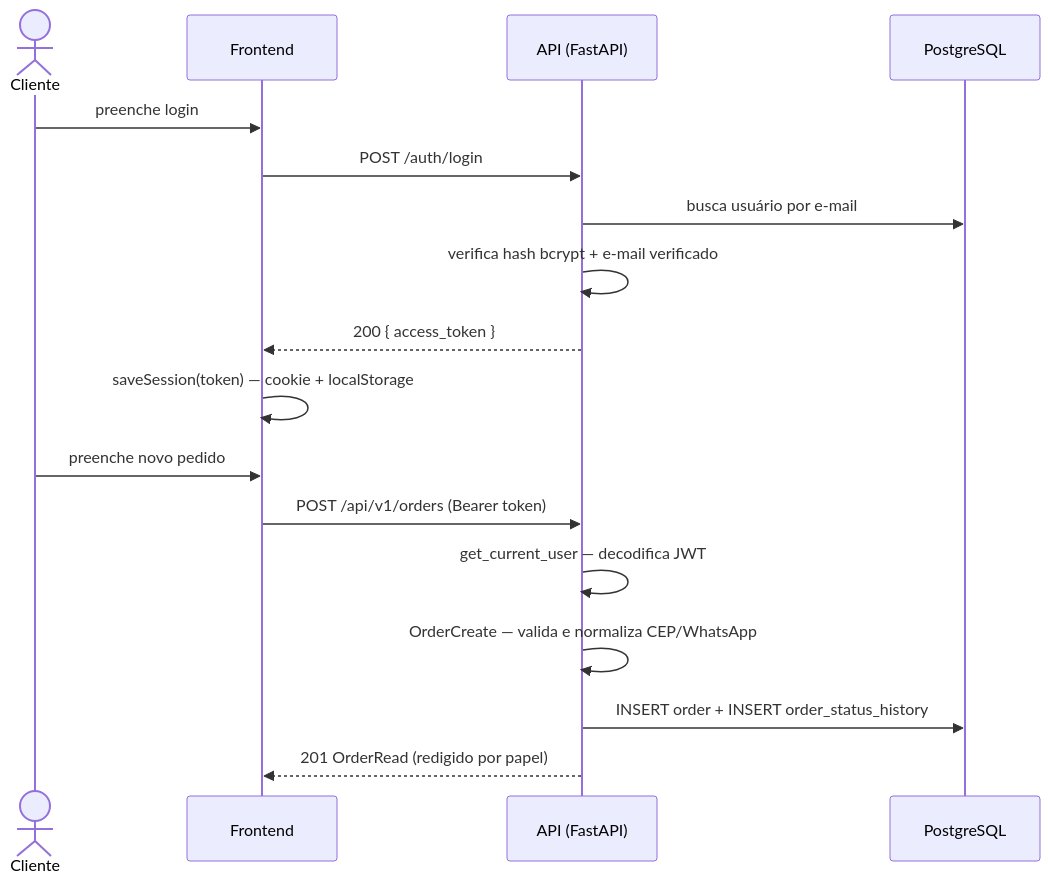
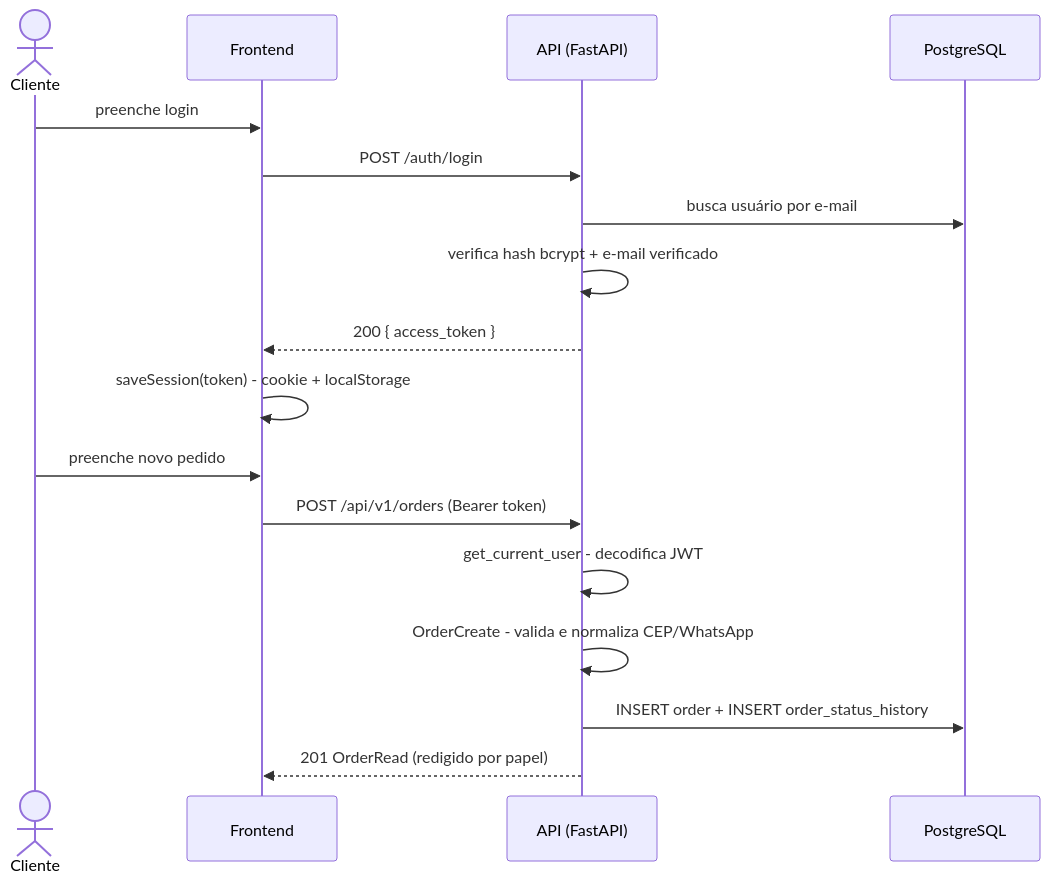
One commit to jgabrielflores/marcenaria-api changed the third of 7 diagrams in docs/arquitetura.md. Above: the diagram before and after it, drawn with Mermaid. The commit also changed other lines of this file and 16 other files, not shown here.

````diff
--- a/docs/arquitetura.md
+++ b/docs/arquitetura.md
@@ -144,21 +144,21 @@
 ```mermaid
 sequenceDiagram
     actor C as Cliente
     participant F as Frontend
     participant A as API (FastAPI)
     participant DB as PostgreSQL
 
     C->>F: preenche login
     F->>A: POST /auth/login
     A->>DB: busca usuário por e-mail
     A->>A: verifica hash bcrypt + e-mail verificado
     A-->>F: 200 { access_token }
-    F->>F: saveSession(token) — cookie + localStorage
+    F->>F: saveSession(token) - cookie + localStorage
 
     C->>F: preenche novo pedido
     F->>A: POST /api/v1/orders (Bearer token)
-    A->>A: get_current_user — decodifica JWT
-    A->>A: OrderCreate — valida e normaliza CEP/WhatsApp
+    A->>A: get_current_user - decodifica JWT
+    A->>A: OrderCreate - valida e normaliza CEP/WhatsApp
     A->>DB: INSERT order + INSERT order_status_history
     A-->>F: 201 OrderRead (redigido por papel)
 ```
````
